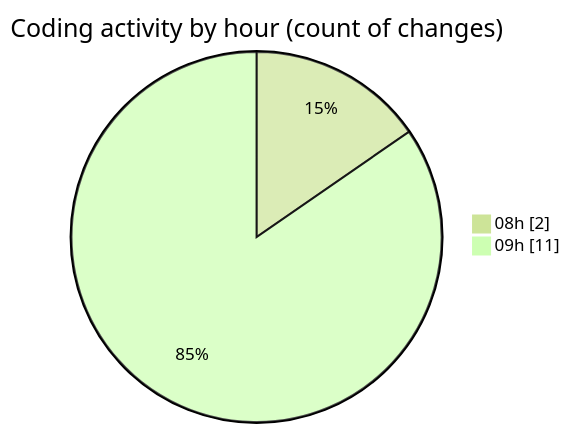
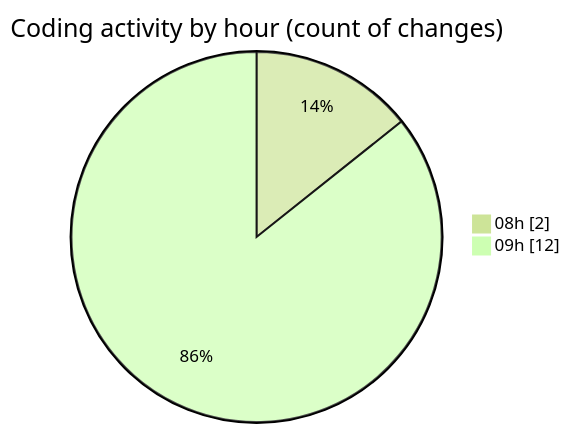
Before and after one commit to LanceThiago/code-tracking: the second of 2 diagrams in 2025-03-26/kml/README.md, drawn with Mermaid (forest theme). The commit also changed other lines of this file and 1 other file, not shown here.

````diff
--- a/2025-03-26/kml/README.md
+++ b/2025-03-26/kml/README.md
@@ -28,6 +28,6 @@
 ```mermaid
 pie showData
 title Coding activity by hour (count of changes)
 "08h" : 2
-"09h" : 11
+"09h" : 12
 ```
````
